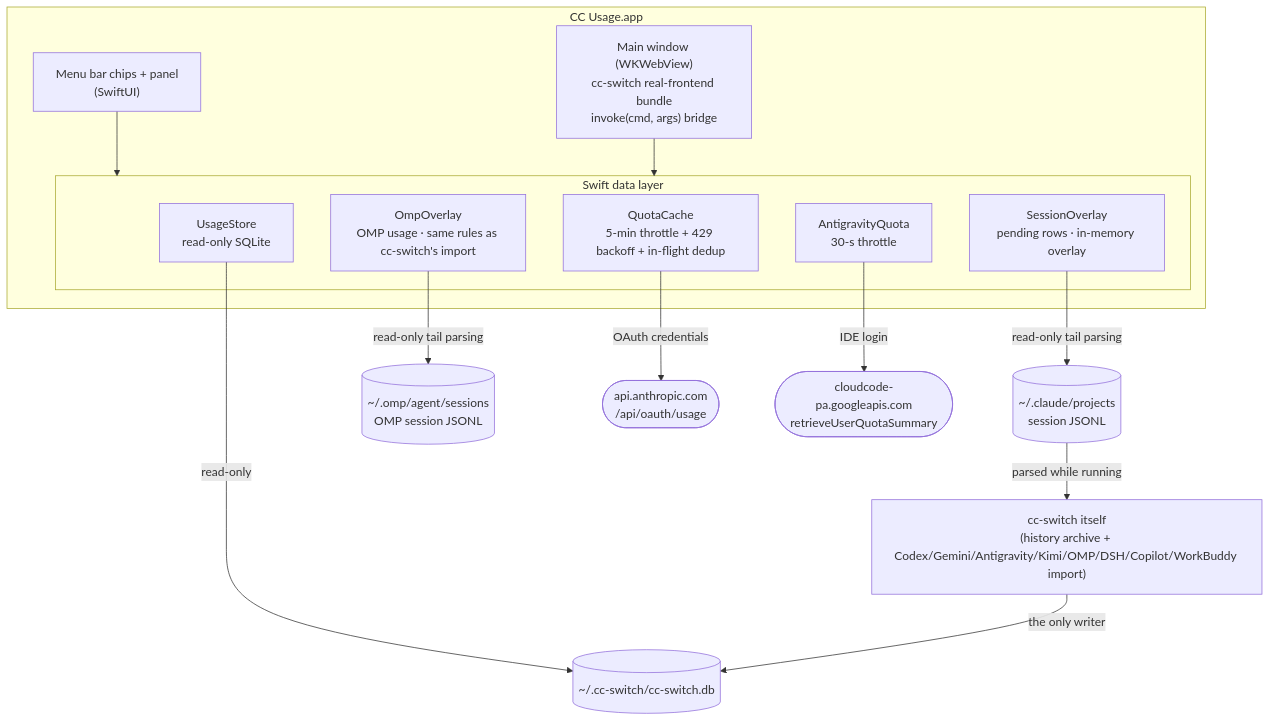
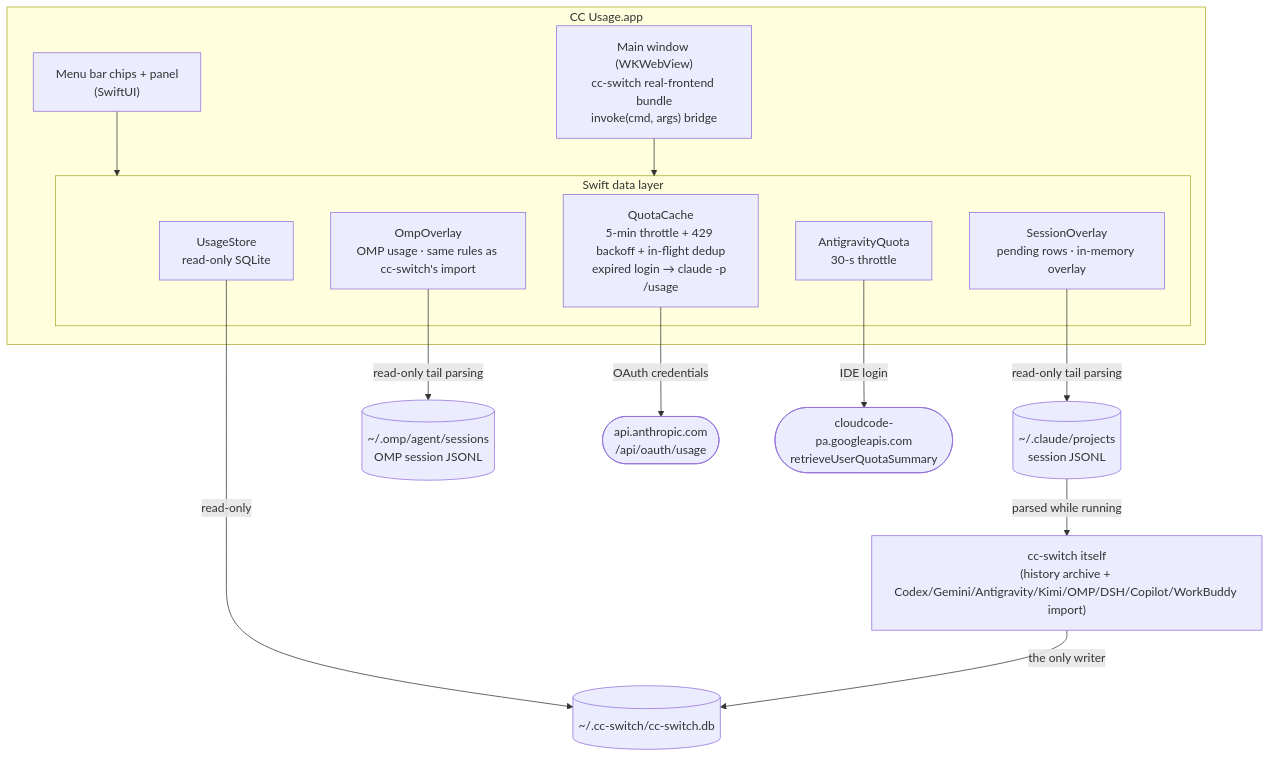
The diagram in README.md (Eureka0w0v0/cc-usage), drawn with Mermaid before and after one commit. The commit also changed other lines of this file and 1 other file, not shown here.

First line of the commit message:
docs(readme): 主窗口基线写成 v4.0.38；额度说明补上登录过期时请 Claude Code 跑 /usage 刷新

````diff
--- a/README.md
+++ b/README.md
@@ -85,30 +85,30 @@
 ```mermaid
 flowchart TB
     subgraph app["CC Usage.app"]
         menubar["Menu bar chips + panel<br/>(SwiftUI)"]
         panel["Main window (WKWebView)<br/>cc-switch real-frontend bundle<br/>invoke(cmd, args) bridge"]
         subgraph layer["Swift data layer"]
             UsageStore["UsageStore<br/>read-only SQLite"]
             SessionOverlay["SessionOverlay<br/>pending rows · in-memory overlay"]
             OmpOverlay["OmpOverlay<br/>OMP usage · same rules as cc-switch's import"]
-            QuotaCache["QuotaCache<br/>5-min throttle + 429 backoff + in-flight dedup"]
+            QuotaCache["QuotaCache<br/>5-min throttle + 429 backoff + in-flight dedup<br/>expired login → claude -p /usage"]
             AgyQuota["AntigravityQuota<br/>30-s throttle"]
         end
         menubar --> layer
         panel --> layer
     end
     db[("~/.cc-switch/cc-switch.db")]
     jsonl[("~/.claude/projects<br/>session JSONL")]
     ompjsonl[("~/.omp/agent/sessions<br/>OMP session JSONL")]
     api(["api.anthropic.com<br/>/api/oauth/usage"])
     google(["cloudcode-pa.googleapis.com<br/>retrieveUserQuotaSummary"])
     ccswitch["cc-switch itself<br/>(history archive + Codex/Gemini/Antigravity/Kimi/OMP/DSH/Copilot/WorkBuddy import)"]
 
     UsageStore -->|"read-only"| db
     SessionOverlay -->|"read-only tail parsing"| jsonl
     OmpOverlay -->|"read-only tail parsing"| ompjsonl
     QuotaCache -->|"OAuth credentials"| api
     AgyQuota -->|"IDE login"| google
     jsonl -->|"parsed while running"| ccswitch
     ccswitch -->|"the only writer"| db
 ```
````
